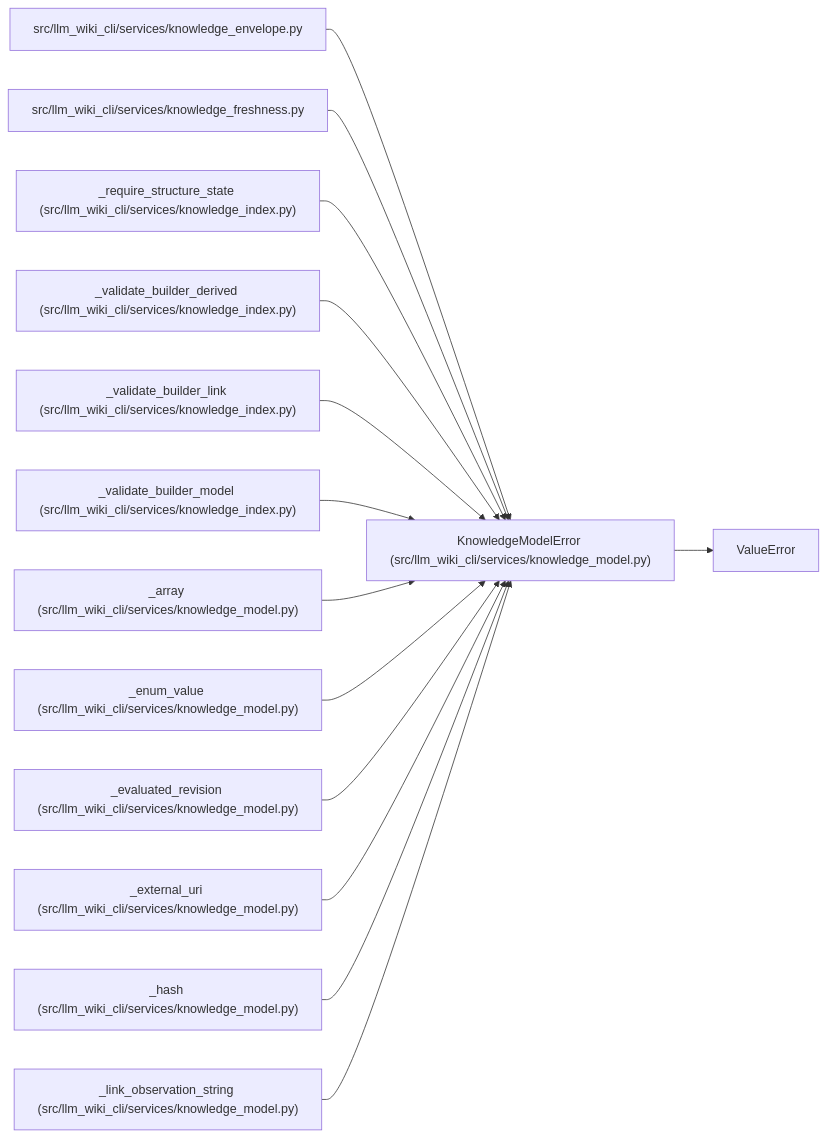
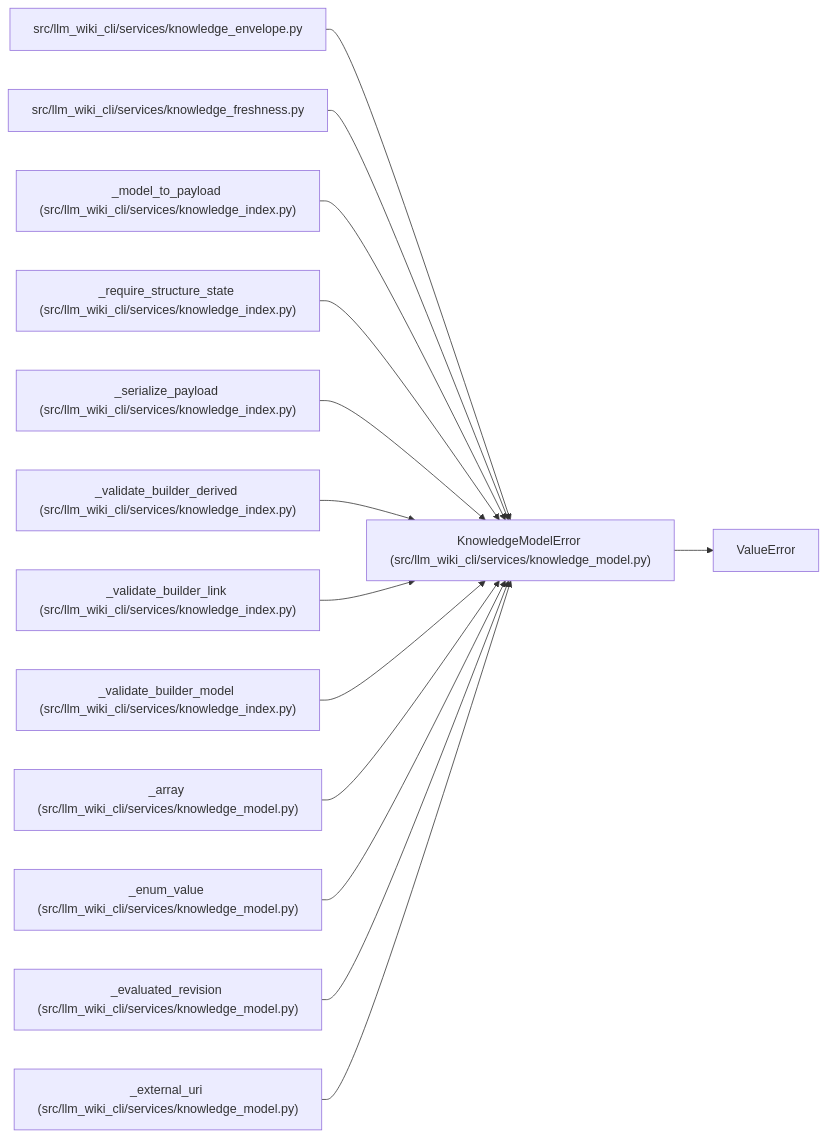
The diagram in docs/llm_wiki/entities/KnowledgeModelError.md (Denissvgn/python-wiki-llm), drawn with Mermaid before and after one commit. The commit also changed other lines of this file and 240 other files, not shown here.

````diff
--- a/docs/llm_wiki/entities/KnowledgeModelError.md
+++ b/docs/llm_wiki/entities/KnowledgeModelError.md
@@ -25,43 +25,43 @@
 ```mermaid
 flowchart LR
     n0["KnowledgeModelError (src/llm_wiki_cli/services/knowledge_model.py)"]
     n1["ValueError"]
     n2["src/llm_wiki_cli/services/knowledge_envelope.py"]
     n3["src/llm_wiki_cli/services/knowledge_freshness.py"]
-    n4["_require_structure_state (src/llm_wiki_cli/services/knowledge_index.py)"]
-    n5["_validate_builder_derived (src/llm_wiki_cli/services/knowledge_index.py)"]
-    n6["_validate_builder_link (src/llm_wiki_cli/services/knowledge_index.py)"]
-    n7["_validate_builder_model (src/llm_wiki_cli/services/knowledge_index.py)"]
-    n8["_array (src/llm_wiki_cli/services/knowledge_model.py)"]
-    n9["_enum_value (src/llm_wiki_cli/services/knowledge_model.py)"]
-    n10["_evaluated_revision (src/llm_wiki_cli/services/knowledge_model.py)"]
-    n11["_external_uri (src/llm_wiki_cli/services/knowledge_model.py)"]
-    n12["_hash (src/llm_wiki_cli/services/knowledge_model.py)"]
-    n13["_link_observation_string (src/llm_wiki_cli/services/knowledge_model.py)"]
+    n4["_model_to_payload (src/llm_wiki_cli/services/knowledge_index.py)"]
+    n5["_require_structure_state (src/llm_wiki_cli/services/knowledge_index.py)"]
+    n6["_serialize_payload (src/llm_wiki_cli/services/knowledge_index.py)"]
+    n7["_validate_builder_derived (src/llm_wiki_cli/services/knowledge_index.py)"]
+    n8["_validate_builder_link (src/llm_wiki_cli/services/knowledge_index.py)"]
+    n9["_validate_builder_model (src/llm_wiki_cli/services/knowledge_index.py)"]
+    n10["_array (src/llm_wiki_cli/services/knowledge_model.py)"]
+    n11["_enum_value (src/llm_wiki_cli/services/knowledge_model.py)"]
+    n12["_evaluated_revision (src/llm_wiki_cli/services/knowledge_model.py)"]
+    n13["_external_uri (src/llm_wiki_cli/services/knowledge_model.py)"]
     n0 --> n1
     n2 --> n0
     n3 --> n0
     n4 --> n0
     n5 --> n0
     n6 --> n0
     n7 --> n0
     n8 --> n0
     n9 --> n0
     n10 --> n0
     n11 --> n0
     n12 --> n0
     n13 --> n0
     click n0 "../modules/knowledge_model.md"
     click n2 "../modules/knowledge_envelope.md"
     click n3 "../modules/knowledge_freshness.md"
     click n4 "../modules/knowledge_index.md"
     click n5 "../modules/knowledge_index.md"
     click n6 "../modules/knowledge_index.md"
     click n7 "../modules/knowledge_index.md"
-    click n8 "../modules/knowledge_model.md"
-    click n9 "../modules/knowledge_model.md"
+    click n8 "../modules/knowledge_index.md"
+    click n9 "../modules/knowledge_index.md"
     click n10 "../modules/knowledge_model.md"
     click n11 "../modules/knowledge_model.md"
     click n12 "../modules/knowledge_model.md"
     click n13 "../modules/knowledge_model.md"
 ```
````
